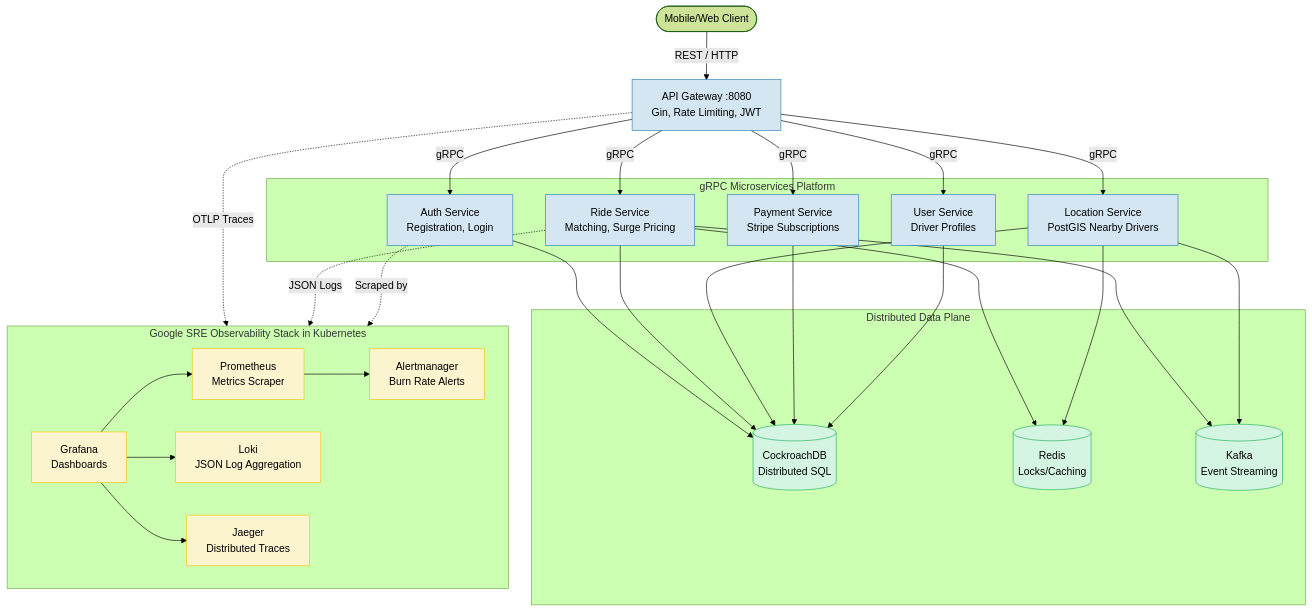
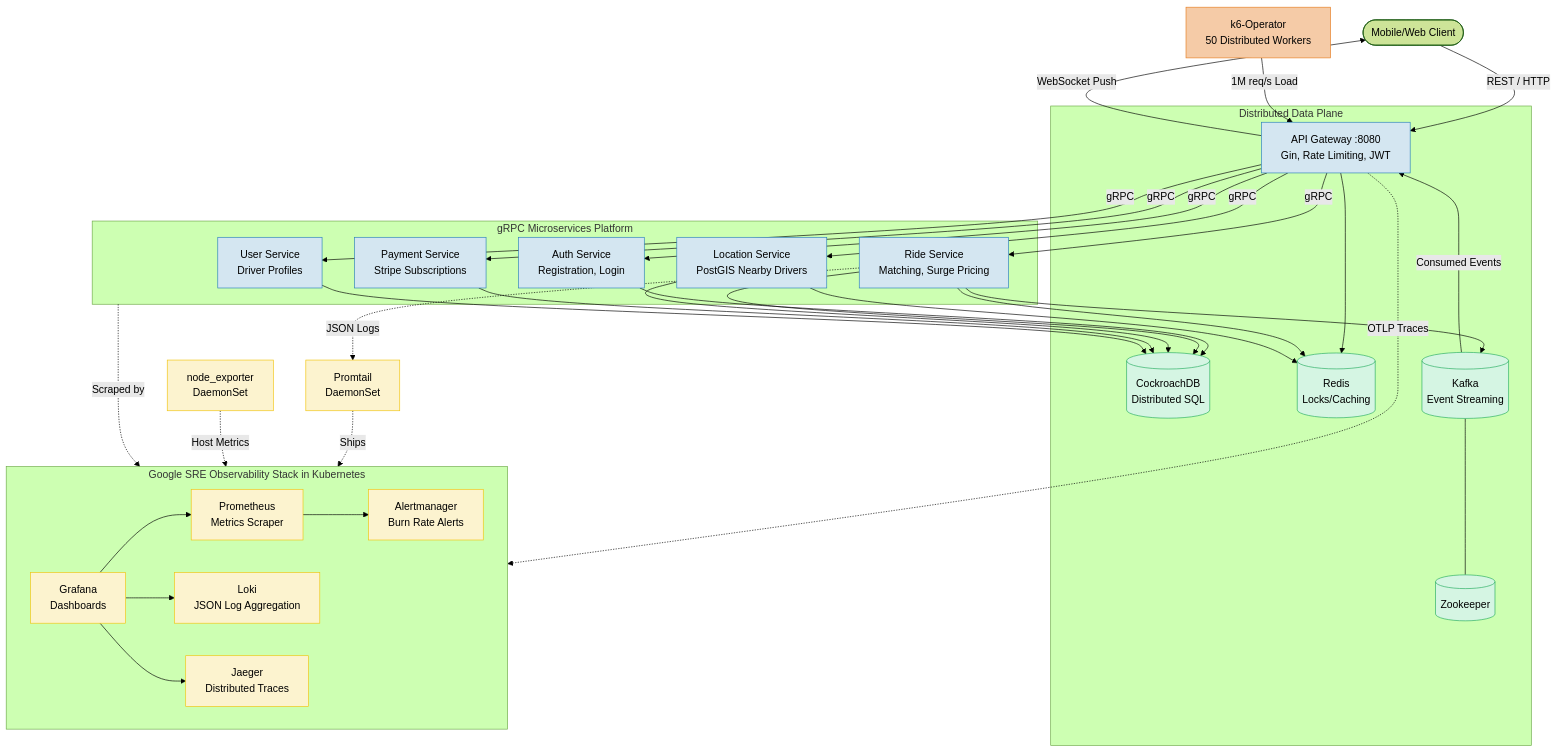
Before and after one commit to hugoev/ridesharing: the diagram in README.md, drawn with Mermaid (forest theme).

````diff
--- a/README.md
+++ b/README.md
@@ -7,57 +7,68 @@
 ```mermaid
 graph TD
     classDef infra fill:#f5f5f5,stroke:#999
     classDef service fill:#d4e6f1,stroke:#2980b9
     classDef db fill:#d5f5e3,stroke:#27ae60
     classDef obs fill:#fcf3cf,stroke:#f1c40f
+    classDef load fill:#f5cba7,stroke:#e67e22
+
+    %% Clients & Load Testing
+    Client([Mobile/Web Client]) -->|REST / HTTP| Gateway
+    K6[k6-Operator<br/>50 Distributed Workers]:::load -->|1M req/s Load| Gateway
 
     %% Gateway
-    Client([Mobile/Web Client]) -->|REST / HTTP| Gateway[API Gateway :8080<br/>Gin, Rate Limiting, JWT]
-    Gateway:::service
+    Gateway[API Gateway :8080<br/>Gin, Rate Limiting, JWT]:::service
 
     %% Microservices
     subgraph Microservices [gRPC Microservices Platform]
         Auth[Auth Service<br/>Registration, Login]:::service
         Ride[Ride Service<br/>Matching, Surge Pricing]:::service
         Location[Location Service<br/>PostGIS Nearby Drivers]:::service
         Payment[Payment Service<br/>Stripe Subscriptions]:::service
         User[User Service<br/>Driver Profiles]:::service
     end
 
     Gateway -->|gRPC| Auth
     Gateway -->|gRPC| Ride
     Gateway -->|gRPC| Location
     Gateway -->|gRPC| Payment
     Gateway -->|gRPC| User
 
     %% Data Plane
     subgraph DataPlane [Distributed Data Plane]
         Auth --> DB[(CockroachDB<br/>Distributed SQL)]:::db
         Ride --> DB
         Location --> DB
         Payment --> DB
         User --> DB
         
-        Ride --> Redis[(Redis<br/>Locks/Caching)]:::db
+        Gateway --> Redis[(Redis<br/>Locks/Caching)]:::db
+        Ride --> Redis
         Location --> Redis
         
         Ride --> Kafka[(Kafka<br/>Event Streaming)]:::db
-        Location --> Kafka
+        Kafka --- Zookeeper[(Zookeeper)]:::db
     end
+
+    %% Event Flow
+    Kafka -->|Consumed Events| Gateway
+    Gateway -->|WebSocket Push| Client
 
     %% Observability Stack
     subgraph Observability [Google SRE Observability Stack in Kubernetes]
         direction LR
         Grafana[Grafana<br/>Dashboards]:::obs --> Prometheus[Prometheus<br/>Metrics Scraper]:::obs
         Grafana --> Loki[Loki<br/>JSON Log Aggregation]:::obs
         Grafana --> Jaeger[Jaeger<br/>Distributed Traces]:::obs
         
         Prometheus --> Alertmanager[Alertmanager<br/>Burn Rate Alerts]:::obs
     end
     
     %% Implicit connections
     Gateway -.->|OTLP Traces| Jaeger
-    Ride -.->|JSON Logs| Loki
-    Auth -.->|Scraped by| Prometheus
-
+    Ride -.->|JSON Logs| Promtail[Promtail<br/>DaemonSet]:::obs
+    Promtail -.->|Ships| Loki
+    
+    Microservices -.->|Scraped by| Prometheus
+    NodeExporter[node_exporter<br/>DaemonSet]:::obs -.->|Host Metrics| Prometheus
 ```
````
